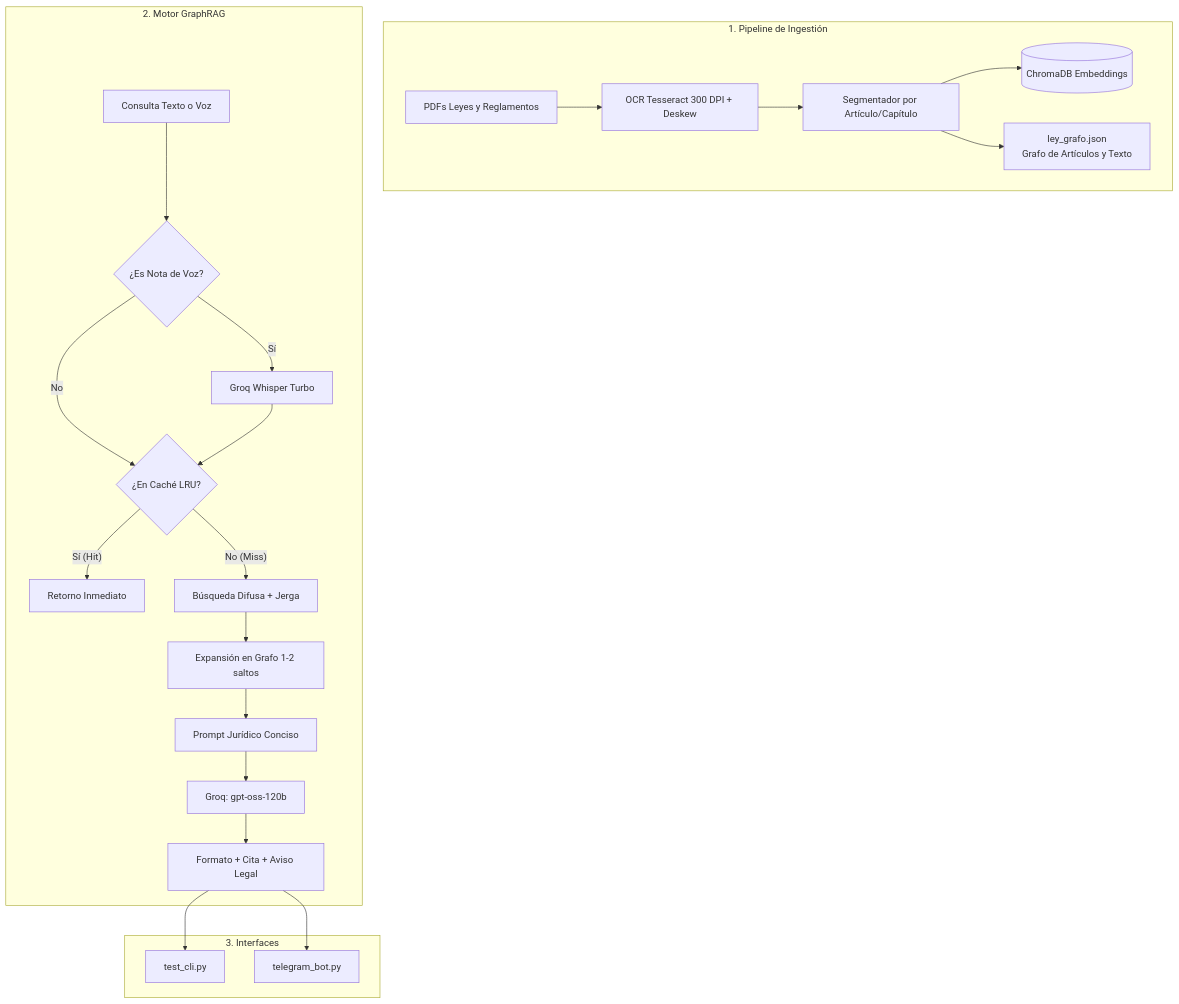
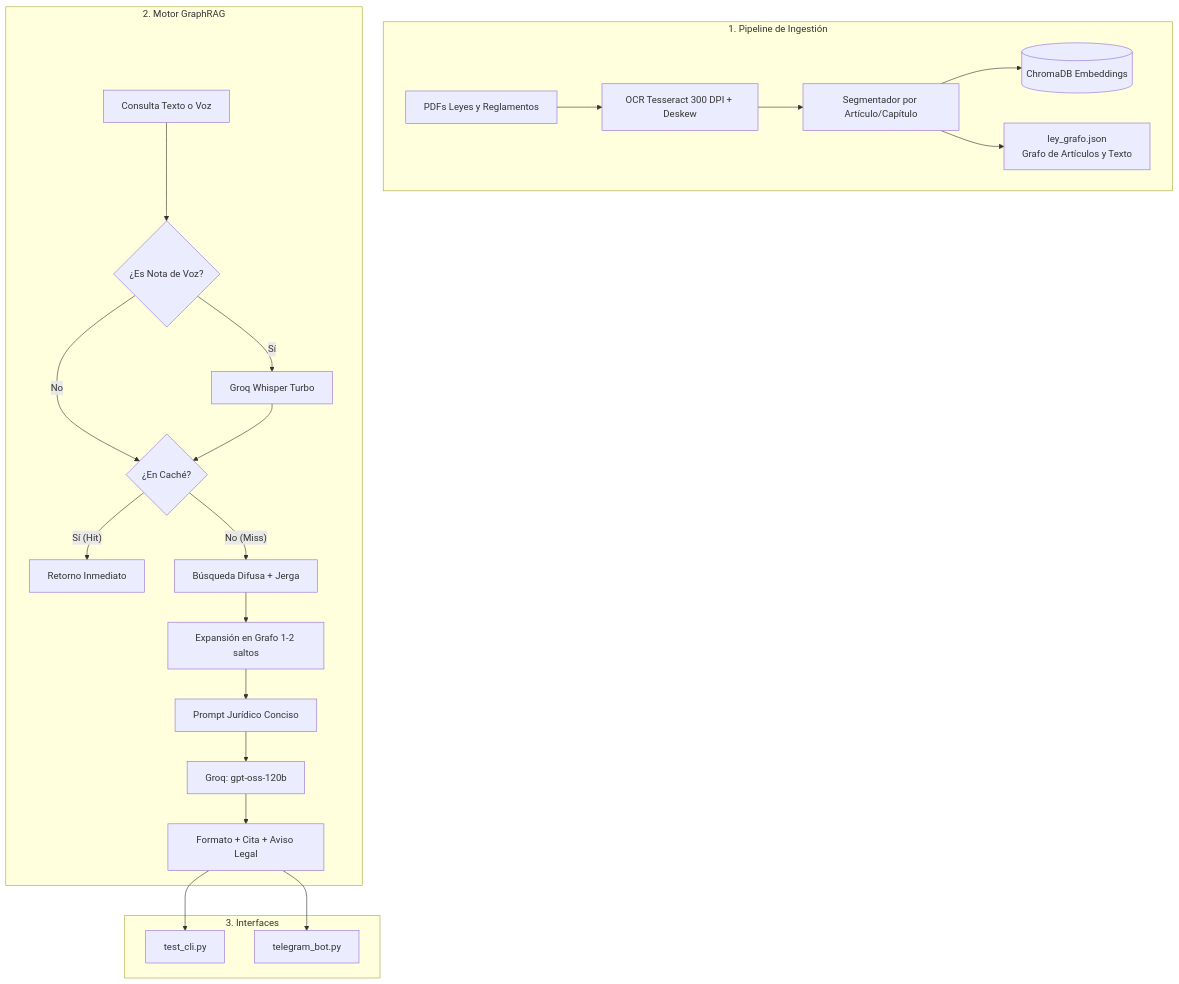
The diagram in README.md (JaimeVGA/Hacktoberfest), drawn with Mermaid before and after one commit. The commit also changed other lines of this file and 3 other files, not shown here.

````diff
--- a/README.md
+++ b/README.md
@@ -39,27 +48,27 @@
 ```mermaid
 flowchart TD
     subgraph Ingesta [1. Pipeline de Ingestión]
         PDFs[PDFs Leyes y Reglamentos] --> OCR[OCR Tesseract 300 DPI + Deskew]
         OCR --> Chunker[Segmentador por Artículo/Capítulo]
         Chunker --> Chroma[(ChromaDB Embeddings)]
         Chunker --> GraphFile[ley_grafo.json\nGrafo de Artículos y Texto]
     end
 
     subgraph Core [2. Motor GraphRAG]
         Query[Consulta Texto o Voz] --> VoiceProc{¿Es Nota de Voz?}
         VoiceProc -- Sí --> Whisper[Groq Whisper Turbo]
-        VoiceProc -- No --> CacheCheck{¿En Caché LRU?}
+        VoiceProc -- No --> CacheCheck{¿En Caché?}
         Whisper --> CacheCheck
         CacheCheck -- Sí (Hit) --> RetAnswer[Retorno Inmediato]
         CacheCheck -- No (Miss) --> Fuzzy[Búsqueda Difusa + Jerga]
         Fuzzy --> GraphBFS[Expansión en Grafo 1-2 saltos]
         GraphBFS --> Prompt[Prompt Jurídico Conciso]
         Prompt --> LLM[Groq: gpt-oss-120b]
         LLM --> Formatter[Formato + Cita + Aviso Legal]
     end
 
     subgraph UI [3. Interfaces]
         Formatter --> CLI[test_cli.py]
         Formatter --> Telegram[telegram_bot.py]
     end
 ```
````
